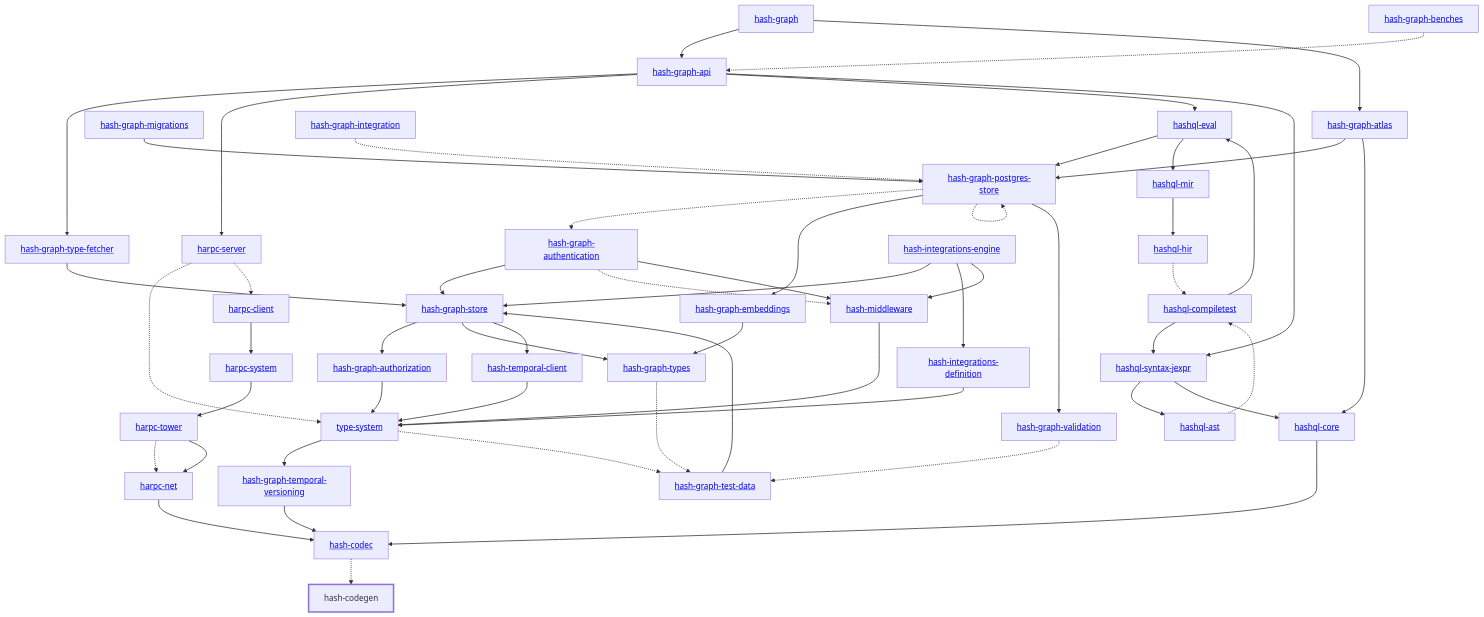
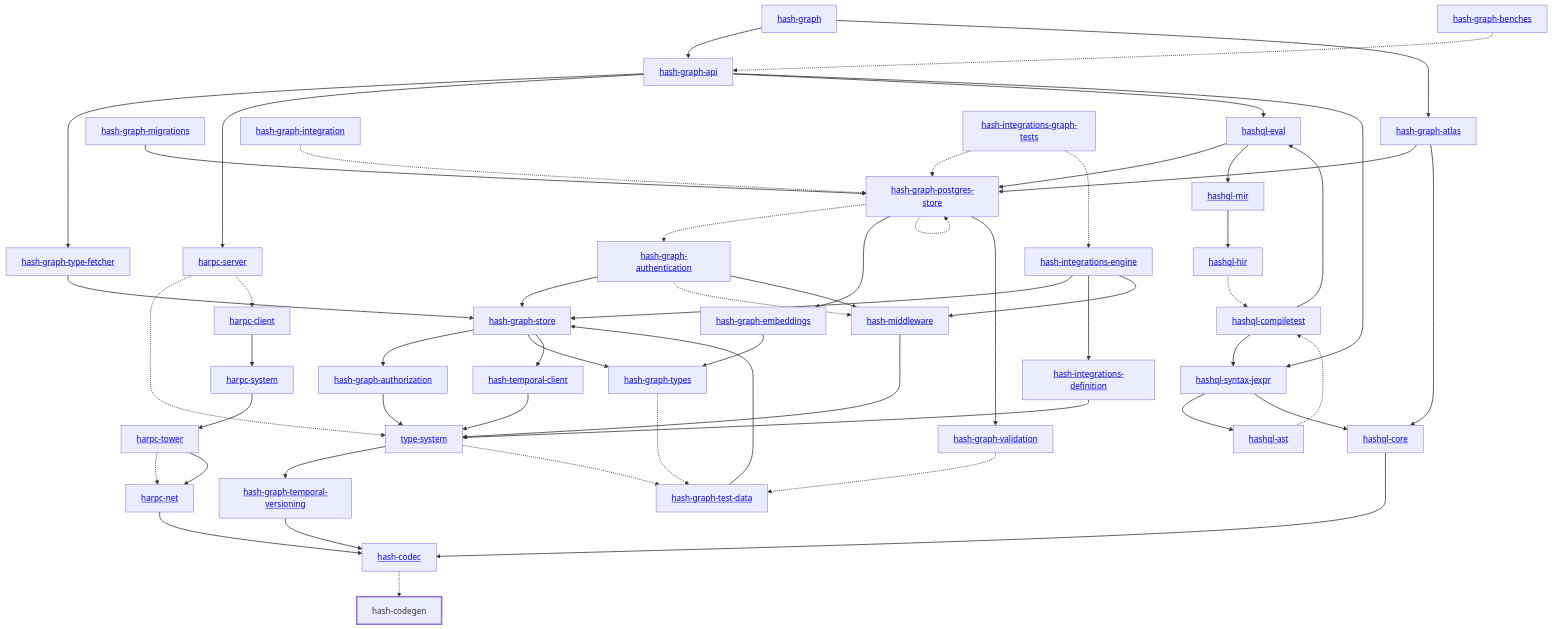
Before and after one commit to hashintel/hash: the diagram in libs/@local/codegen/docs/dependency-diagram.mmd, drawn with Mermaid. The commit also changed 20 other files, not shown here.

Commit message:
Update dependency diagrams for the aviation integration test

```diff
--- a/libs/@local/codegen/docs/dependency-diagram.mmd
+++ b/libs/@local/codegen/docs/dependency-diagram.mmd
@@ -1,100 +1,103 @@
 graph TD
     linkStyle default stroke-width:1.5px
     classDef default stroke-width:1px
     classDef root stroke-width:3px
     classDef dev stroke-width:1px
     classDef build stroke-width:1px
     %% Legend
     %% --> : Normal dependency
     %% -.-> : Dev dependency
     %% ---> : Build dependency
     0[<a href="../hash_graph/index.html">hash-graph</a>]
     1[<a href="../type_system/index.html">type-system</a>]
     2[<a href="../hash_codec/index.html">hash-codec</a>]
     3[hash-codegen]
     class 3 root
     4[<a href="../hash_graph_api/index.html">hash-graph-api</a>]
     5[<a href="../hash_graph_atlas/index.html">hash-graph-atlas</a>]
     6[<a href="../hash_graph_authentication/index.html">hash-graph-authentication</a>]
     7[<a href="../hash_graph_authorization/index.html">hash-graph-authorization</a>]
     8[<a href="../hash_graph_embeddings/index.html">hash-graph-embeddings</a>]
     9[<a href="../hash_graph_migrations/index.html">hash-graph-migrations</a>]
     10[<a href="../hash_graph_postgres_store/index.html">hash-graph-postgres-store</a>]
     11[<a href="../hash_graph_store/index.html">hash-graph-store</a>]
     12[<a href="../hash_graph_temporal_versioning/index.html">hash-graph-temporal-versioning</a>]
     13[<a href="../hash_graph_type_fetcher/index.html">hash-graph-type-fetcher</a>]
     14[<a href="../hash_graph_types/index.html">hash-graph-types</a>]
     15[<a href="../hash_graph_validation/index.html">hash-graph-validation</a>]
     16[<a href="../harpc_client/index.html">harpc-client</a>]
     17[<a href="../harpc_net/index.html">harpc-net</a>]
     18[<a href="../harpc_server/index.html">harpc-server</a>]
     19[<a href="../harpc_system/index.html">harpc-system</a>]
     20[<a href="../harpc_tower/index.html">harpc-tower</a>]
     21[<a href="../hashql_ast/index.html">hashql-ast</a>]
     22[<a href="../hashql_compiletest/index.html">hashql-compiletest</a>]
     23[<a href="../hashql_core/index.html">hashql-core</a>]
     24[<a href="../hashql_eval/index.html">hashql-eval</a>]
     25[<a href="../hashql_hir/index.html">hashql-hir</a>]
     26[<a href="../hashql_mir/index.html">hashql-mir</a>]
     27[<a href="../hashql_syntax_jexpr/index.html">hashql-syntax-jexpr</a>]
     28[<a href="../hash_integrations_definition/index.html">hash-integrations-definition</a>]
     29[<a href="../hash_integrations_engine/index.html">hash-integrations-engine</a>]
     30[<a href="../hash_middleware/index.html">hash-middleware</a>]
     31[<a href="../hash_temporal_client/index.html">hash-temporal-client</a>]
     32[<a href="../hash_graph_benches/index.html">hash-graph-benches</a>]
     33[<a href="../hash_graph_integration/index.html">hash-graph-integration</a>]
     34[<a href="../hash_graph_test_data/index.html">hash-graph-test-data</a>]
+    35[<a href="../hash_integrations_graph_tests/index.html">hash-integrations-graph-tests</a>]
     0 --> 4
     0 --> 5
     1 --> 12
     1 -.-> 34
     2 -.-> 3
     4 --> 13
     4 --> 18
     4 --> 24
     4 --> 27
     5 --> 10
     5 --> 23
     6 --> 11
     6 -.-> 30
     6 --> 30
     7 --> 1
     8 --> 14
     9 --> 10
     10 -.-> 6
     10 --> 8
     10 -.-> 10
     10 --> 15
     11 --> 7
     11 --> 14
     11 --> 31
     12 --> 2
     13 --> 11
     14 -.-> 34
     15 -.-> 34
     16 --> 19
     17 --> 2
     18 -.-> 1
     18 -.-> 16
     19 --> 20
     20 -.-> 17
     20 --> 17
     21 -.-> 22
     22 --> 24
     22 --> 27
     23 --> 2
     24 --> 10
     24 --> 26
     25 -.-> 22
     26 --> 25
     27 --> 21
     27 --> 23
     28 --> 1
     29 --> 11
     29 --> 28
     29 --> 30
     30 --> 1
     31 --> 1
     32 -.-> 4
     33 -.-> 10
     34 --> 11
+    35 -.-> 10
+    35 -.-> 29
```
